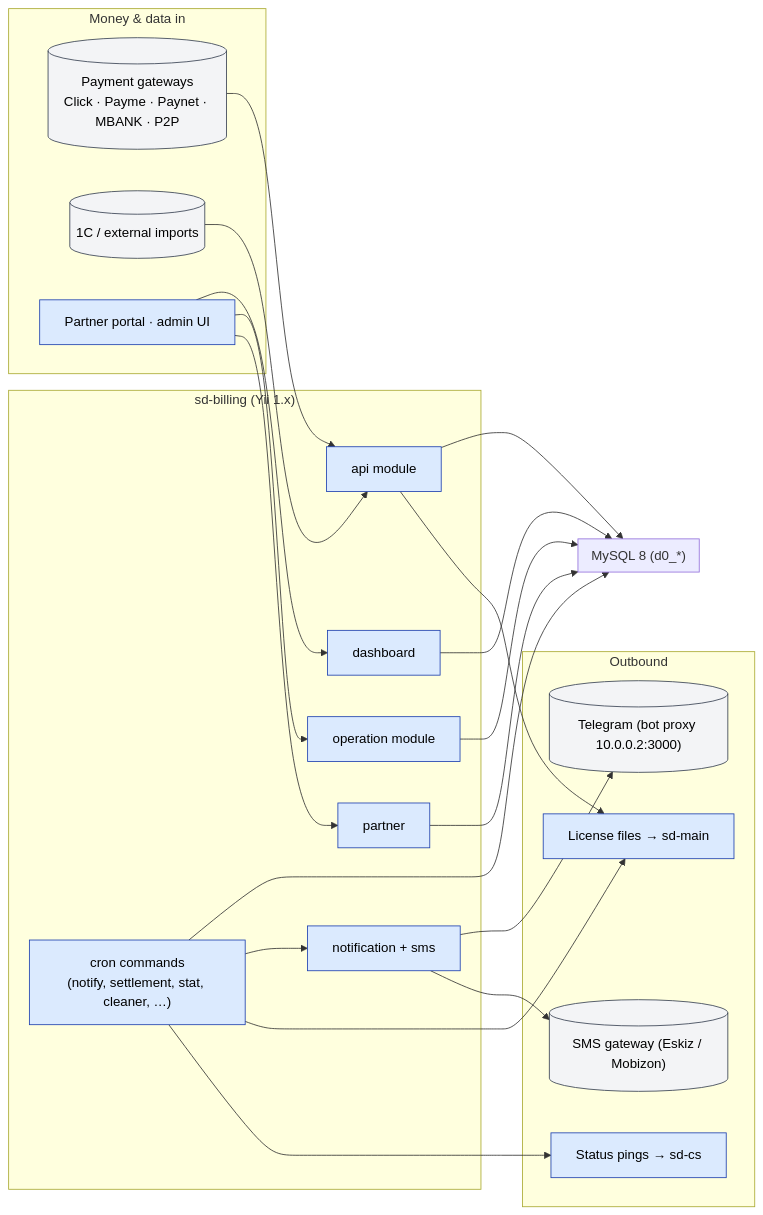
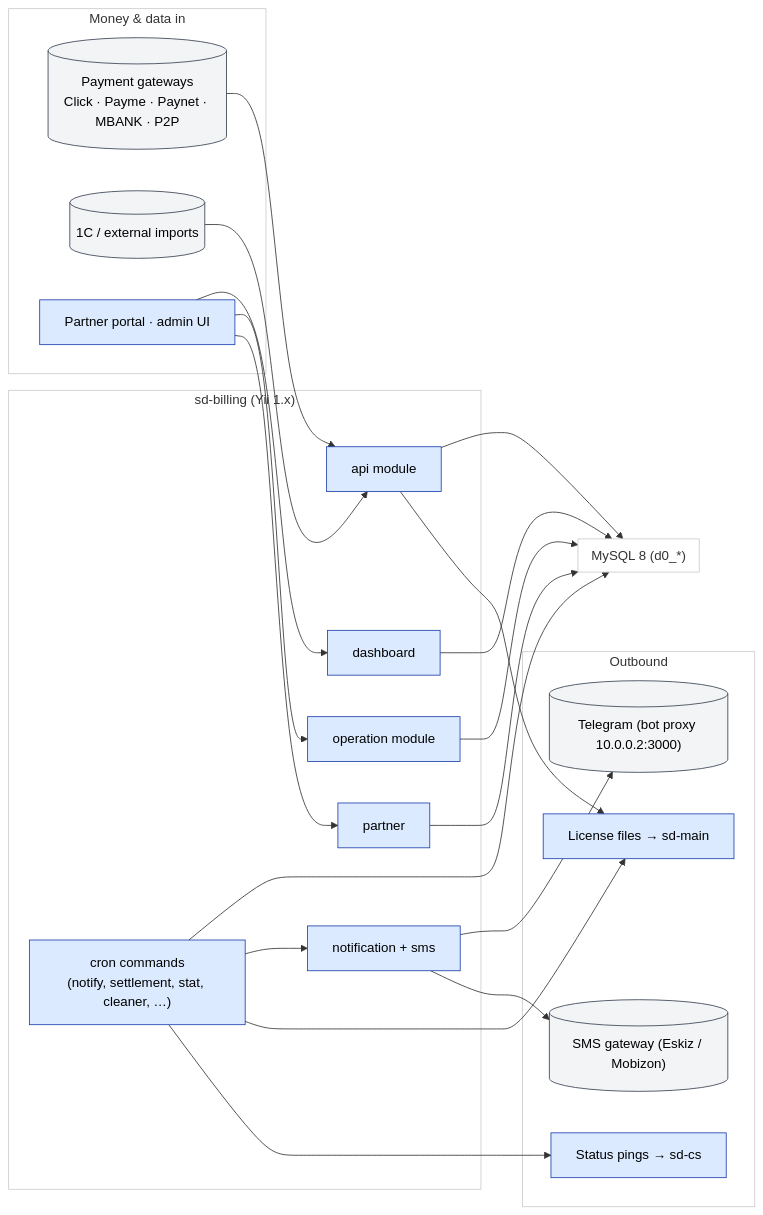
One commit to jamshidtulaganov/sd-doc changed the diagram in docs/sd-billing/overview.md. Above: the diagram before and after it, drawn with Mermaid. The commit also changed 4 other files, not shown here.

First line of the commit message:
Consolidate FigJam diagrams into one master with 6 Sections

````diff
--- a/docs/sd-billing/overview.md
+++ b/docs/sd-billing/overview.md
@@ -95,47 +95,52 @@
 ```mermaid
 flowchart LR
   subgraph Inbound["Money & data in"]
     PG[("Payment gateways<br/>Click · Payme · Paynet · MBANK · P2P")]
     EXT[("1C / external imports")]
     PORTAL["Partner portal · admin UI"]
   end
   subgraph Bill["sd-billing (Yii 1.x)"]
     API["api module"]
     OP["operation module"]
     DASH["dashboard"]
     PART["partner"]
     CR["cron commands<br/>(notify, settlement, stat, cleaner, …)"]
     NOT["notification + sms"]
   end
   subgraph Out["Outbound"]
     TG[("Telegram (bot proxy 10.0.0.2:3000)")]
     SMS[("SMS gateway (Eskiz / Mobizon)")]
     LIC["License files → sd-main"]
     STAT["Status pings → sd-cs"]
   end
   subgraph DB["MySQL 8 (d0_*)"]
     direction TB
   end
   PG --> API
   EXT --> API
   PORTAL --> DASH
   PORTAL --> OP
   PORTAL --> PART
   API --> DB
   OP --> DB
   DASH --> DB
   PART --> DB
   CR --> DB
   CR --> NOT
   NOT --> TG
   NOT --> SMS
   CR --> LIC
   API --> LIC
   CR --> STAT
 
   class PG,EXT,TG,SMS external
   class PORTAL,API,OP,DASH,PART,CR,NOT,LIC,STAT action
   classDef action   fill:#dbeafe,stroke:#1e40af,color:#000
   classDef external fill:#f3f4f6,stroke:#374151,color:#000
   classDef cron     fill:#ede9fe,stroke:#6d28d9,color:#000
+
+  style Inbound fill:#ffffff,stroke:#cccccc
+  style Bill fill:#ffffff,stroke:#cccccc
+  style Out fill:#ffffff,stroke:#cccccc
+  style DB fill:#ffffff,stroke:#cccccc
 ```
````
